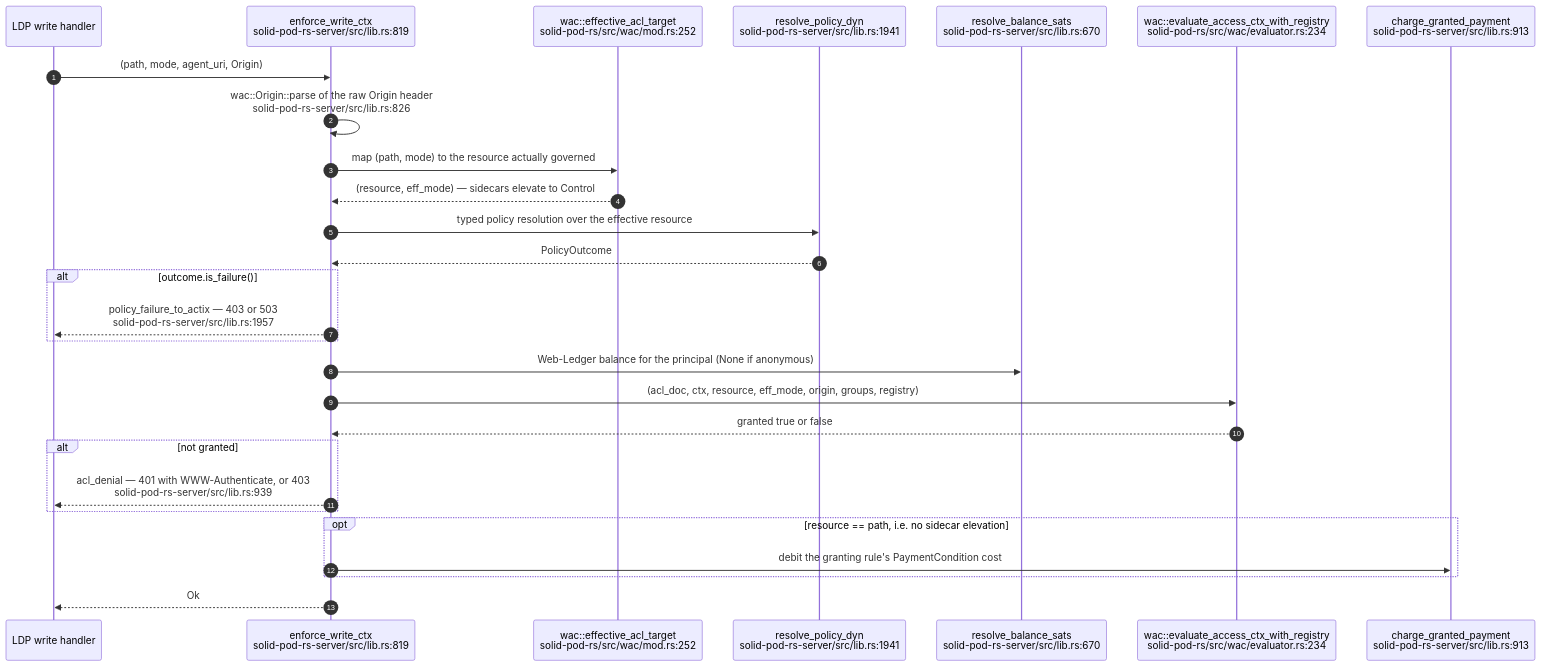
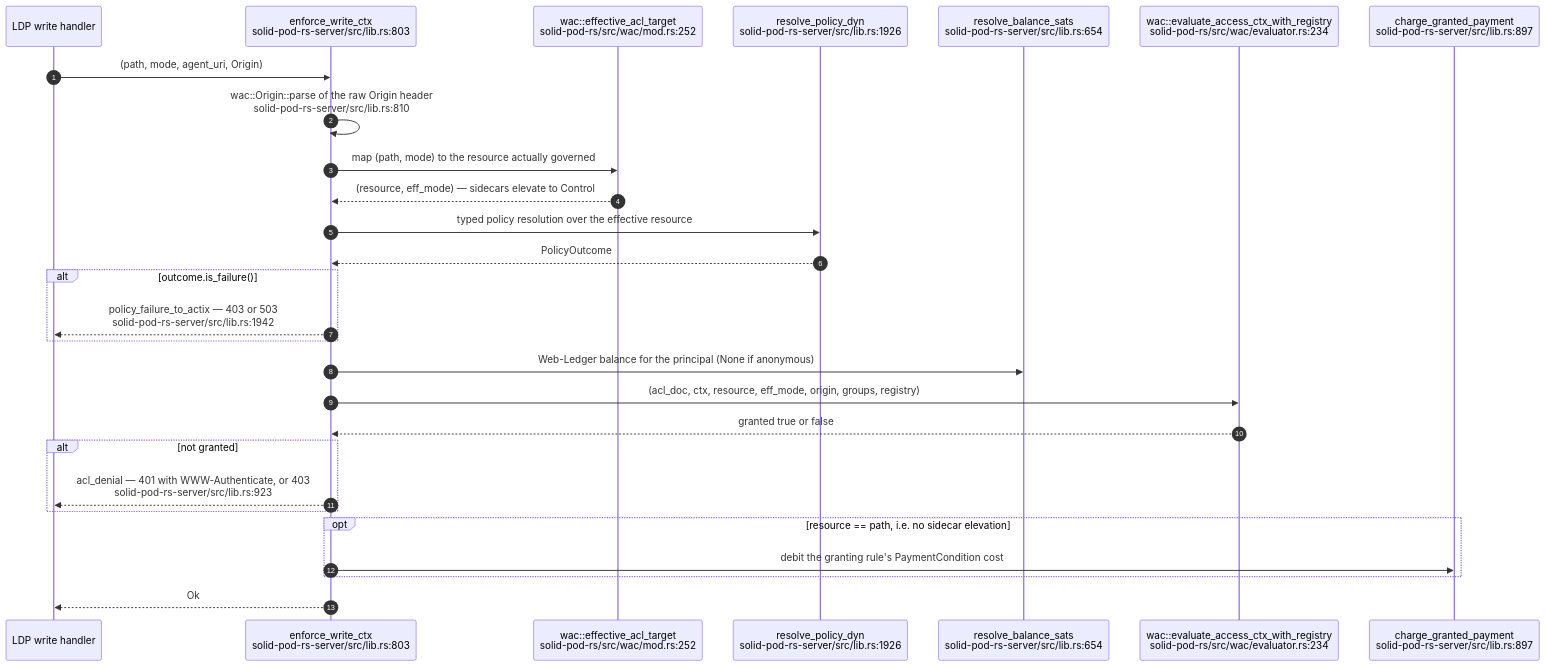
The first of 13 diagrams in docs/diagrams/solid-pod-rs/04-wac-authorisation.md (DreamLab-AI/VisionFlow), drawn with Mermaid before and after one commit. The commit also changed other lines of this file and 21 other files, not shown here.

Commit message:
docs(diagrams): refresh first verified estate batch

````diff
--- a/docs/diagrams/solid-pod-rs/04-wac-authorisation.md
+++ b/docs/diagrams/solid-pod-rs/04-wac-authorisation.md
@@ -25,31 +25,31 @@
 ```mermaid
 sequenceDiagram
     autonumber
     participant H as LDP write handler
-    participant EW as enforce_write_ctx<br/>solid-pod-rs-server/src/lib.rs:819
+    participant EW as enforce_write_ctx<br/>solid-pod-rs-server/src/lib.rs:803
     participant ET as wac::effective_acl_target<br/>solid-pod-rs/src/wac/mod.rs:252
-    participant RP as resolve_policy_dyn<br/>solid-pod-rs-server/src/lib.rs:1941
-    participant BAL as resolve_balance_sats<br/>solid-pod-rs-server/src/lib.rs:670
+    participant RP as resolve_policy_dyn<br/>solid-pod-rs-server/src/lib.rs:1926
+    participant BAL as resolve_balance_sats<br/>solid-pod-rs-server/src/lib.rs:654
     participant EV as wac::evaluate_access_ctx_with_registry<br/>solid-pod-rs/src/wac/evaluator.rs:234
-    participant CH as charge_granted_payment<br/>solid-pod-rs-server/src/lib.rs:913
+    participant CH as charge_granted_payment<br/>solid-pod-rs-server/src/lib.rs:897
 
     H->>EW: (path, mode, agent_uri, Origin)
-    EW->>EW: wac::Origin::parse of the raw Origin header<br/>solid-pod-rs-server/src/lib.rs:826
+    EW->>EW: wac::Origin::parse of the raw Origin header<br/>solid-pod-rs-server/src/lib.rs:810
     EW->>ET: map (path, mode) to the resource actually governed
     ET-->>EW: (resource, eff_mode) — sidecars elevate to Control
     EW->>RP: typed policy resolution over the effective resource
     RP-->>EW: PolicyOutcome
     alt outcome.is_failure()
-        EW-->>H: policy_failure_to_actix — 403 or 503<br/>solid-pod-rs-server/src/lib.rs:1957
+        EW-->>H: policy_failure_to_actix — 403 or 503<br/>solid-pod-rs-server/src/lib.rs:1942
     end
     EW->>BAL: Web-Ledger balance for the principal (None if anonymous)
     EW->>EV: (acl_doc, ctx, resource, eff_mode, origin, groups, registry)
     EV-->>EW: granted true or false
     alt not granted
-        EW-->>H: acl_denial — 401 with WWW-Authenticate, or 403<br/>solid-pod-rs-server/src/lib.rs:939
+        EW-->>H: acl_denial — 401 with WWW-Authenticate, or 403<br/>solid-pod-rs-server/src/lib.rs:923
     end
     opt resource == path, i.e. no sidecar elevation
         EW->>CH: debit the granting rule's PaymentCondition cost
     end
     EW-->>H: Ok
 ```
````
